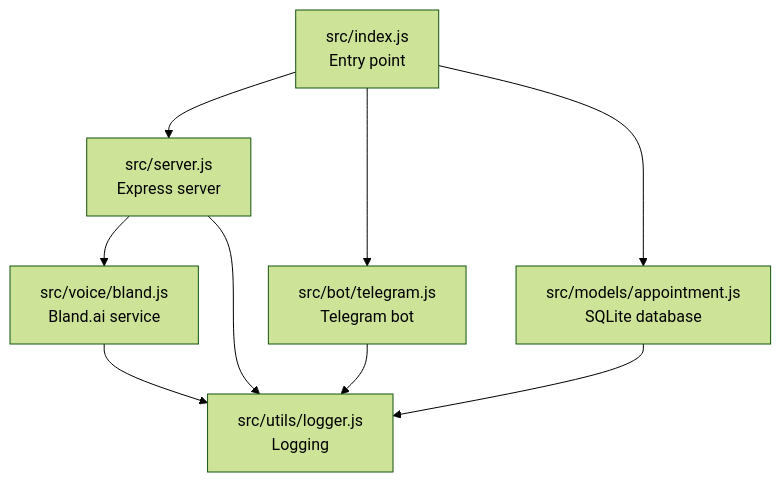
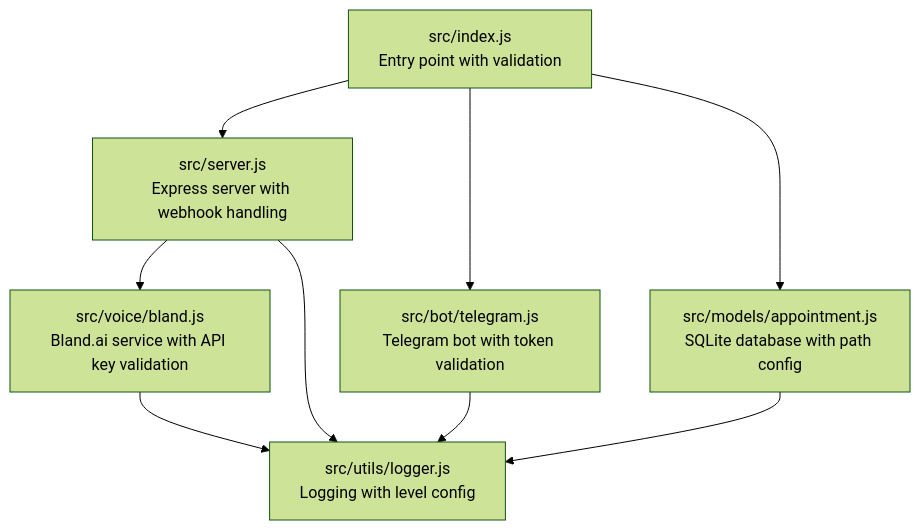
The first of 9 diagrams in .qoder/repowiki/en/content/Configuration and Environment Management.md (Armanda888/appointment-voice-agent), drawn with Mermaid (forest theme) before and after one commit. The commit also changed other lines of this file and 14 other files, not shown here.

````diff
--- a/.qoder/repowiki/en/content/Configuration and Environment Management.md
+++ b/.qoder/repowiki/en/content/Configuration and Environment Management.md
@@ -40,11 +48,11 @@
 ```mermaid
 graph TB
-A["src/index.js<br/>Entry point"] --> B["src/server.js<br/>Express server"]
-A --> C["src/bot/telegram.js<br/>Telegram bot"]
-A --> D["src/models/appointment.js<br/>SQLite database"]
-B --> E["src/voice/bland.js<br/>Bland.ai service"]
-B --> F["src/utils/logger.js<br/>Logging"]
+A["src/index.js<br/>Entry point with validation"] --> B["src/server.js<br/>Express server with webhook handling"]
+A --> C["src/bot/telegram.js<br/>Telegram bot with token validation"]
+A --> D["src/models/appointment.js<br/>SQLite database with path config"]
+B --> E["src/voice/bland.js<br/>Bland.ai service with API key validation"]
+B --> F["src/utils/logger.js<br/>Logging with level config"]
 C --> F
 E --> F
 D --> F
 ```
````
